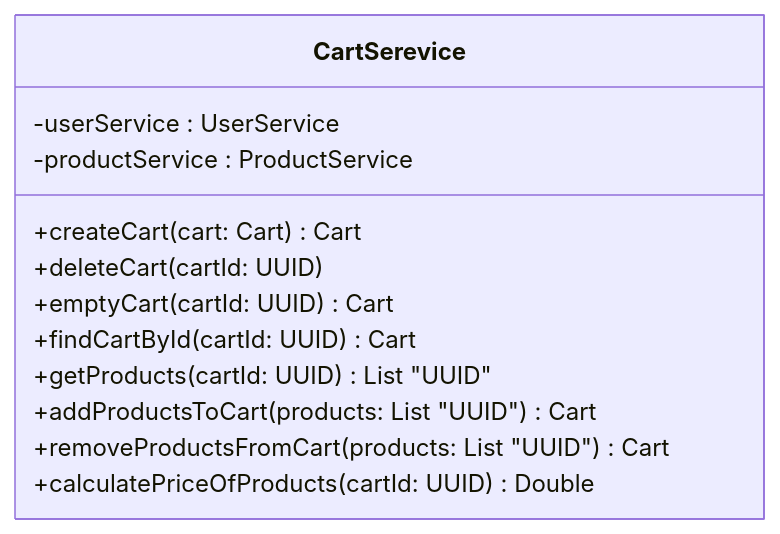
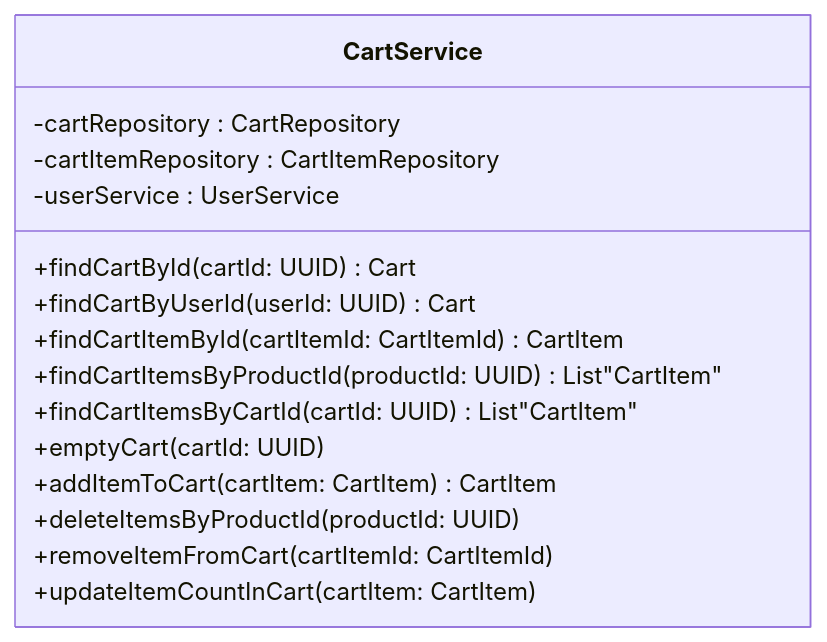
Before and after one commit to fruzsina-banyai/webshop: the sixth of 7 diagrams in documentation/shopping_cart/shopping_cart.md, drawn with Mermaid. The commit also changed other lines of this file, not shown here.

````diff
--- a/documentation/shopping_cart/shopping_cart.md
+++ b/documentation/shopping_cart/shopping_cart.md
@@ -48,15 +61,18 @@
 ```mermaid
 classDiagram
-  class CartSerevice{
-    -userService : UserService
-    -productService : ProductService
-    +createCart(cart: Cart) Cart
-    +deleteCart(cartId: UUID)
-    +emptyCart(cartId: UUID) Cart
-    +findCartById(cartId: UUID) Cart
-    +getProducts(cartId: UUID) List "UUID"
-    +addProductsToCart(products: List "UUID") Cart
-    +removeProductsFromCart(products: List "UUID") Cart
-    +calculatePriceOfProducts(cartId: UUID) Double
+  class CartService{
+    -cartRepository : CartRepository
+    -cartItemRepository : CartItemRepository
+    -userService : UserService 
+    +findCartById(cartId: UUID) Cart 
+    +findCartByUserId(userId: UUID) Cart 
+    +findCartItemById(cartItemId: CartItemId) CartItem 
+    +findCartItemsByProductId(productId: UUID) List"CartItem"
+    +findCartItemsByCartId(cartId: UUID) List"CartItem"
+    +emptyCart(cartId: UUID)
+    +addItemToCart(cartItem: CartItem) CartItem 
+    +deleteItemsByProductId(productId: UUID) 
+    +removeItemFromCart(cartItemId: CartItemId) 
+    +updateItemCountInCart(cartItem: CartItem) 
   }
 ```
````
